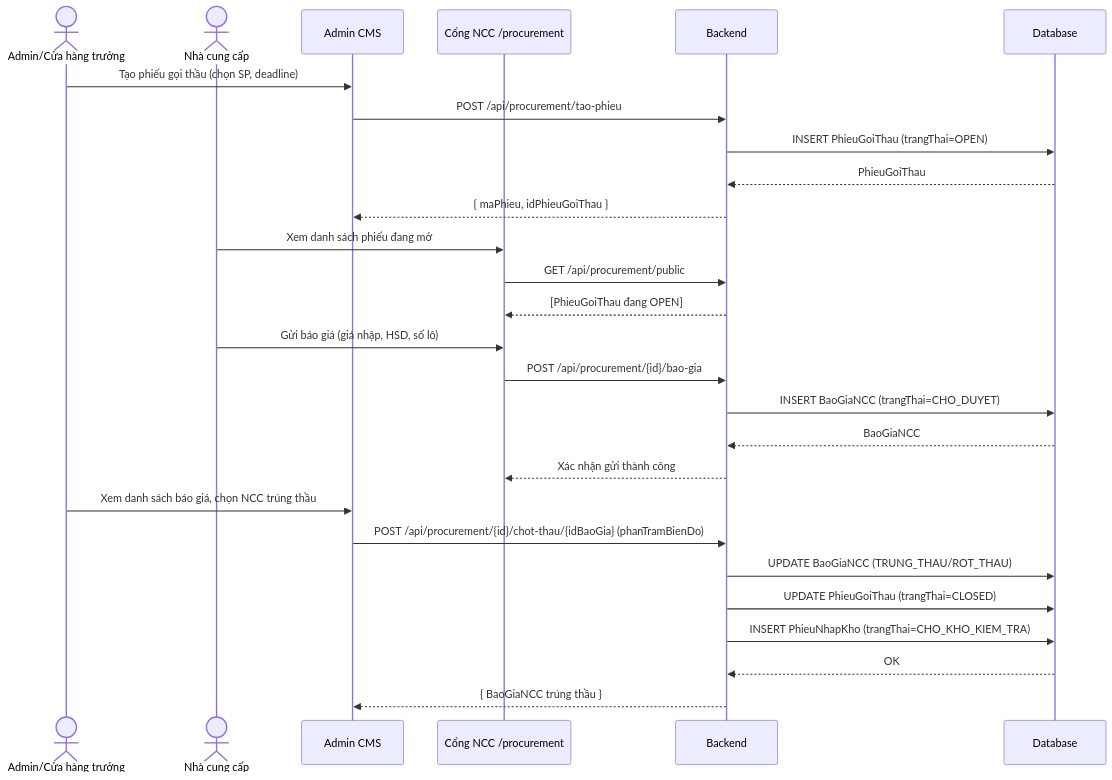
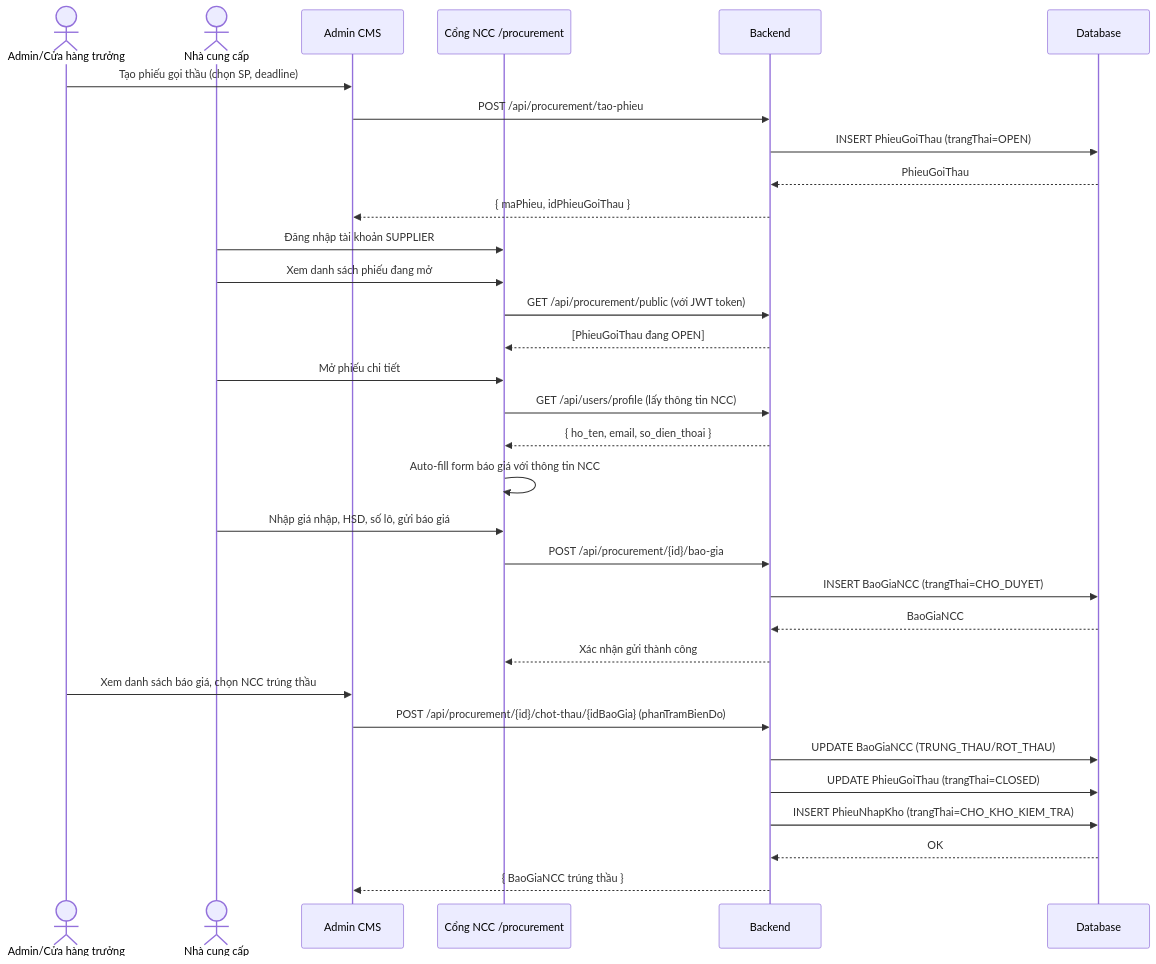
The sixth of 12 diagrams in LuanVanTotNghiep_BaoCao/LUAN_VAN_TOT_NGHIEP.md (Enstorm03/LuanVanTotNghiep), drawn with Mermaid before and after one commit. The commit also changed other lines of this file and 16 other files, not shown here.

````diff
--- a/LuanVanTotNghiep_BaoCao/LUAN_VAN_TOT_NGHIEP.md
+++ b/LuanVanTotNghiep_BaoCao/LUAN_VAN_TOT_NGHIEP.md
@@ -722,32 +760,37 @@
 ```mermaid
 sequenceDiagram
     actor ADMIN as Admin/Cửa hàng trưởng
     actor NCC as Nhà cung cấp
     participant FE_ADMIN as Admin CMS
     participant FE_NCC as Cổng NCC /procurement
     participant BE as Backend
     participant DB as Database
 
     ADMIN->>FE_ADMIN: Tạo phiếu gọi thầu (chọn SP, deadline)
     FE_ADMIN->>BE: POST /api/procurement/tao-phieu
     BE->>DB: INSERT PhieuGoiThau (trangThai=OPEN)
     DB-->>BE: PhieuGoiThau
     BE-->>FE_ADMIN: { maPhieu, idPhieuGoiThau }
 
+    NCC->>FE_NCC: Đăng nhập tài khoản SUPPLIER
     NCC->>FE_NCC: Xem danh sách phiếu đang mở
-    FE_NCC->>BE: GET /api/procurement/public
+    FE_NCC->>BE: GET /api/procurement/public (với JWT token)
     BE-->>FE_NCC: [PhieuGoiThau đang OPEN]
-    NCC->>FE_NCC: Gửi báo giá (giá nhập, HSD, số lô)
+    NCC->>FE_NCC: Mở phiếu chi tiết
+    FE_NCC->>BE: GET /api/users/profile (lấy thông tin NCC)
+    BE-->>FE_NCC: { ho_ten, email, so_dien_thoai }
+    FE_NCC->>FE_NCC: Auto-fill form báo giá với thông tin NCC
+    NCC->>FE_NCC: Nhập giá nhập, HSD, số lô, gửi báo giá
     FE_NCC->>BE: POST /api/procurement/{id}/bao-gia
     BE->>DB: INSERT BaoGiaNCC (trangThai=CHO_DUYET)
     DB-->>BE: BaoGiaNCC
     BE-->>FE_NCC: Xác nhận gửi thành công
 
     ADMIN->>FE_ADMIN: Xem danh sách báo giá, chọn NCC trúng thầu
     FE_ADMIN->>BE: POST /api/procurement/{id}/chot-thau/{idBaoGia} (phanTramBienDo)
     BE->>DB: UPDATE BaoGiaNCC (TRUNG_THAU/ROT_THAU)
     BE->>DB: UPDATE PhieuGoiThau (trangThai=CLOSED)
     BE->>DB: INSERT PhieuNhapKho (trangThai=CHO_KHO_KIEM_TRA)
     DB-->>BE: OK
     BE-->>FE_ADMIN: { BaoGiaNCC trúng thầu }
 ```
````
